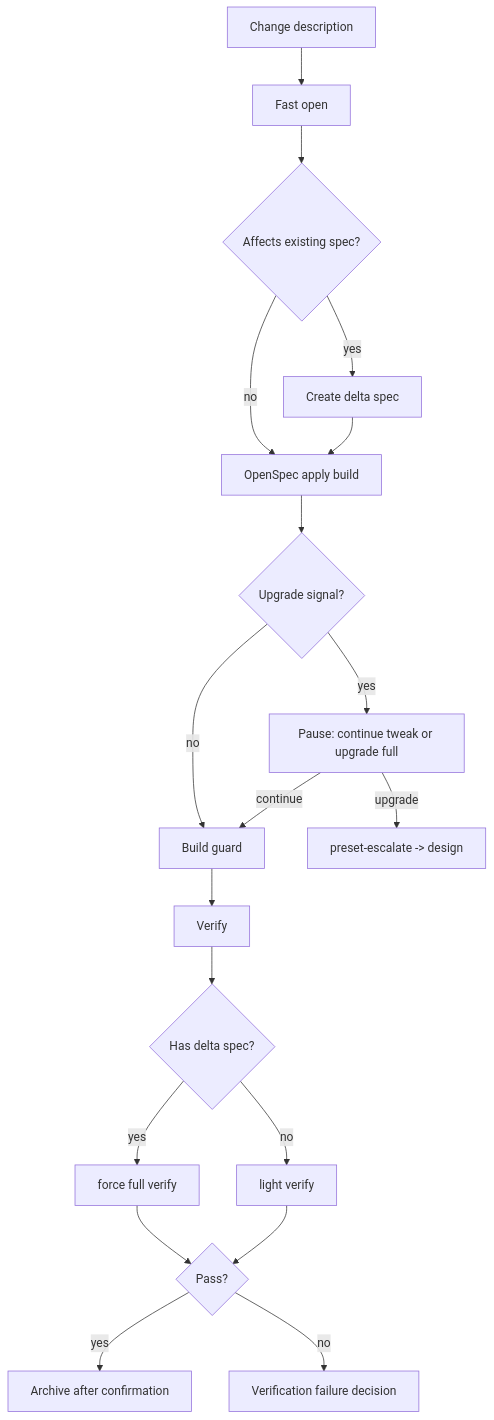
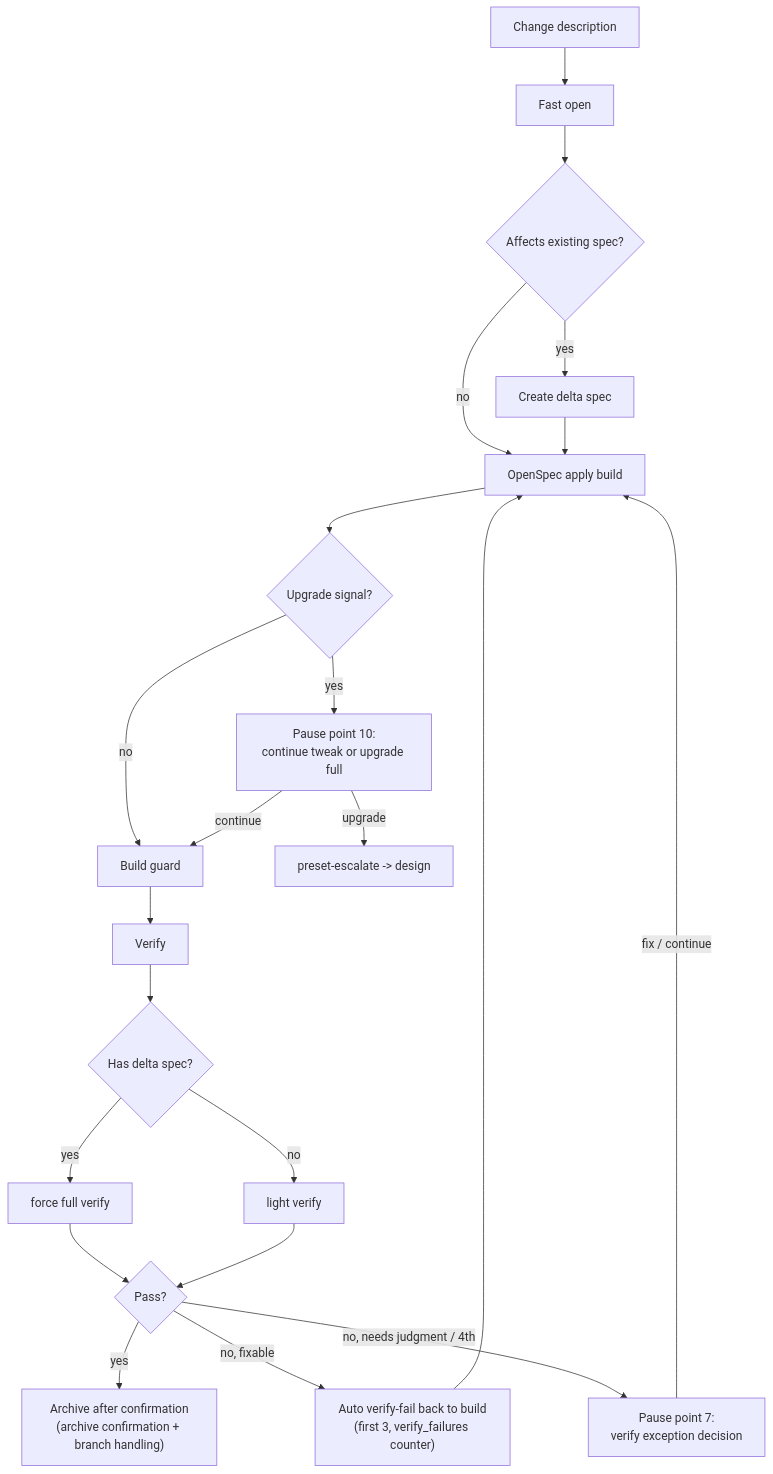
The diagram in en/presets/tweak.mdx (rpamis/comet-website-docs), drawn with Mermaid before and after one commit. The commit also changed other lines of this file and 17 other files, not shown here.

````diff
--- a/en/presets/tweak.mdx
+++ b/en/presets/tweak.mdx
@@ -44,21 +44,24 @@
 ```mermaid
 flowchart TD
     Start["Change description"] --> S1["Fast open"]
     S1 --> Delta{"Affects existing spec?"}
     Delta -->|yes| D["Create delta spec"]
     Delta -->|no| S2["OpenSpec apply build"]
     D --> S2
     S2 --> Esc{"Upgrade signal?"}
-    Esc -->|yes| Stop["Pause: continue tweak or upgrade full"]
+    Esc -->|yes| Stop["Pause point 10:\ncontinue tweak or upgrade full"]
     Esc -->|no| Guard["Build guard"]
     Stop -->|continue| Guard
     Stop -->|upgrade| Up["preset-escalate -> design"]
     Guard --> V["Verify"]
     V --> HasDelta{"Has delta spec?"}
     HasDelta -->|yes| Full["force full verify"]
     HasDelta -->|no| Light["light verify"]
     Full --> Done{"Pass?"}
     Light --> Done
-    Done -->|yes| Archive["Archive after confirmation"]
-    Done -->|no| Fix["Verification failure decision"]
+    Done -->|yes| Archive["Archive after confirmation\n(archive confirmation + branch handling)"]
+    Done -->|no, fixable| Auto["Auto verify-fail back to build\n(first 3, verify_failures counter)"]
+    Done -->|no, needs judgment / 4th| VfStop["Pause point 7:\nverify exception decision"]
+    Auto --> S2
+    VfStop -->|fix / continue| S2
 ```
````
